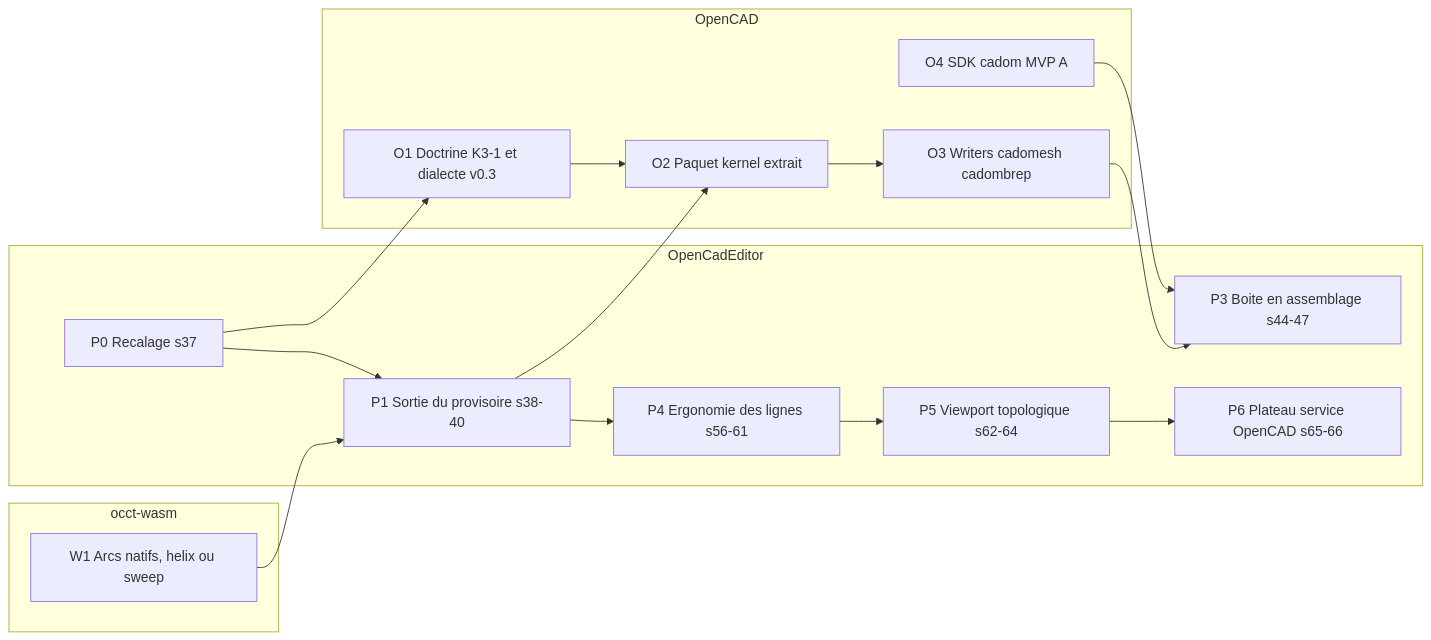
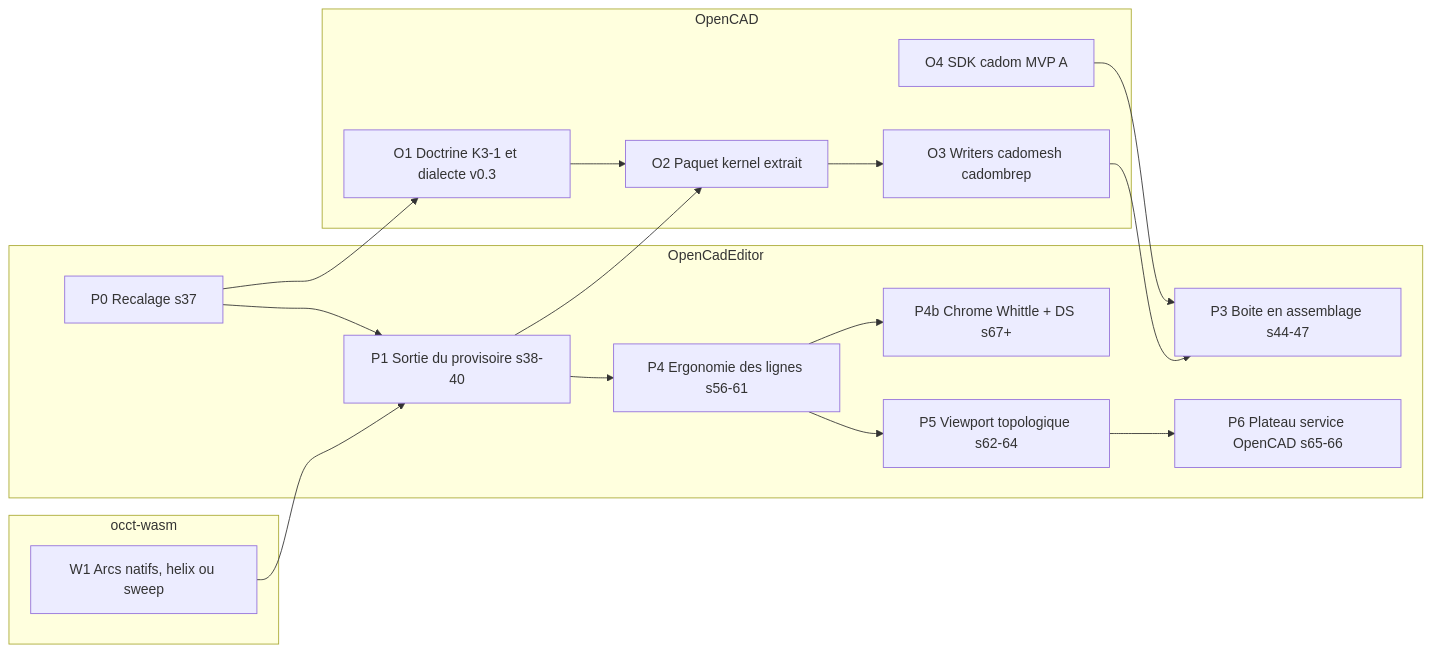
The diagram in documentation/suivi/feuille-de-route.md (naanouff/OpenCadEditor), drawn with Mermaid before and after one commit. The commit also changed other lines of this file and 6 other files, not shown here.

````diff
--- a/documentation/suivi/feuille-de-route.md
+++ b/documentation/suivi/feuille-de-route.md
@@ -28,31 +28,33 @@
 ```mermaid
 flowchart LR
   subgraph editeur [OpenCadEditor]
     P0[P0 Recalage s37]
     P1[P1 Sortie du provisoire s38-40]
     P3[P3 Boite en assemblage s44-47]
     P4[P4 Ergonomie des lignes s56-61]
+    P4b[P4b Chrome Whittle + DS s67+]
     P5[P5 Viewport topologique s62-64]
     P6[P6 Plateau service OpenCAD s65-66]
   end
   subgraph opencad [OpenCAD]
     O1[O1 Doctrine K3-1 et dialecte v0.3]
     O2[O2 Paquet kernel extrait]
     O3[O3 Writers cadomesh cadombrep]
     O4[O4 SDK cadom MVP A]
   end
   subgraph occt [occt-wasm]
     W1[W1 Arcs natifs, helix ou sweep]
   end
   P0 --> P1
   P0 --> O1
   O1 --> O2
   P1 --> O2
   W1 --> P1
   O2 --> O3
   O4 --> P3
   O3 --> P3
   P1 --> P4
+  P4 --> P4b
   P4 --> P5
   P5 --> P6
 ```
````
